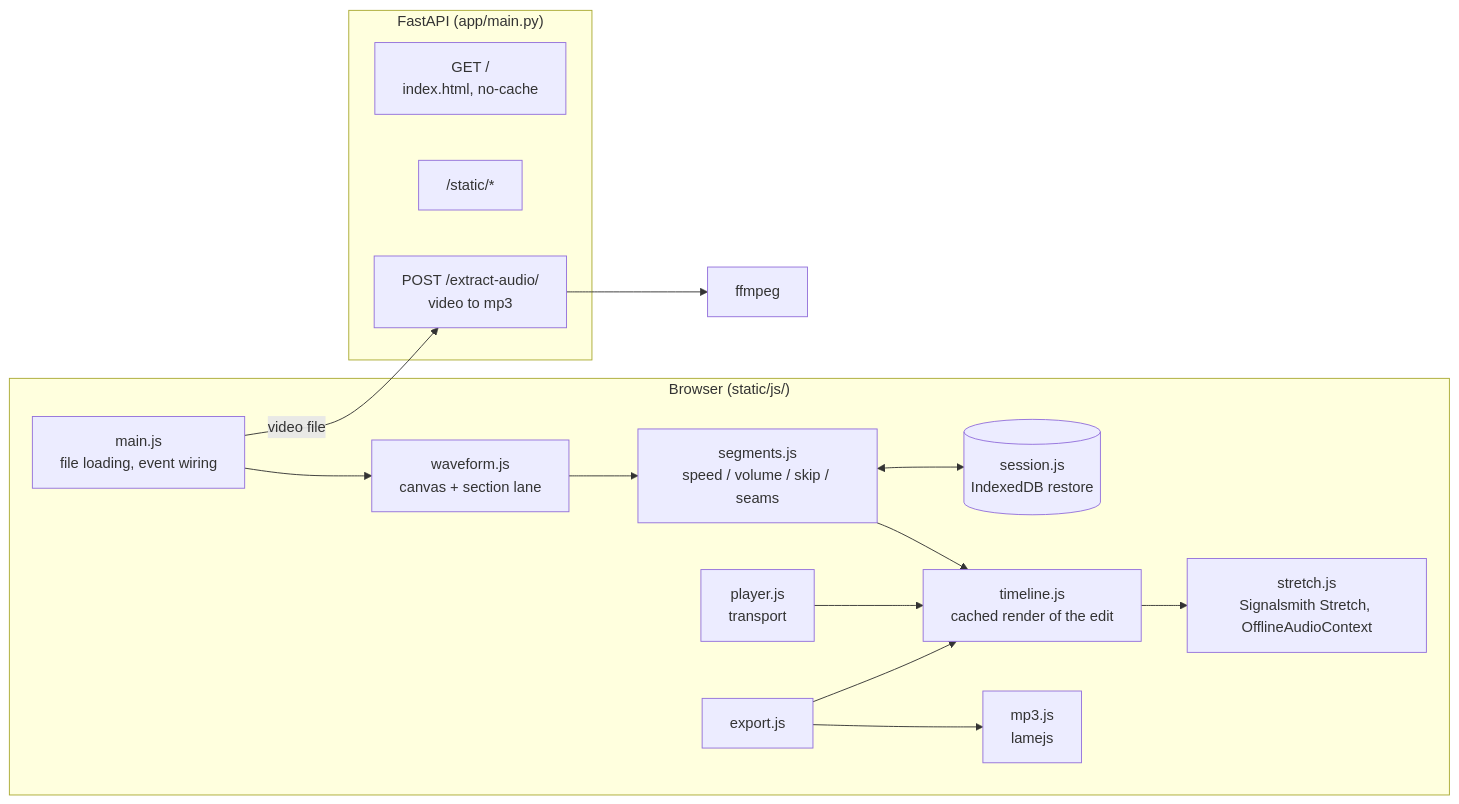
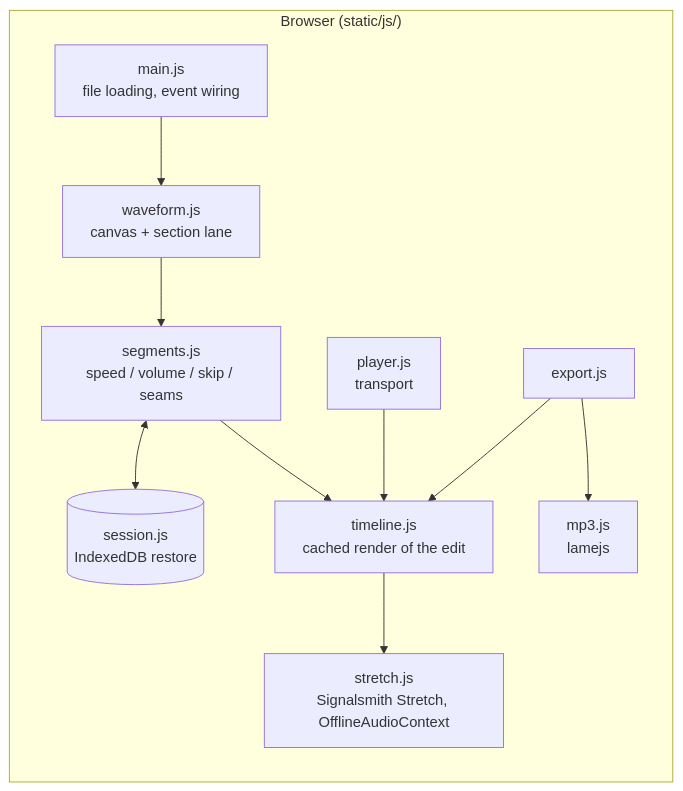
Before and after one commit to JingyiEureka/musiclab: the diagram in ARCHITECTURE.md, drawn with Mermaid. The commit also changed other lines of this file and 17 other files, not shown here.

First line of the commit message:
Host as a static site on GitHub Pages; remove the server

````diff
--- a/ARCHITECTURE.md
+++ b/ARCHITECTURE.md
@@ -10,30 +10,21 @@
 ```mermaid
 flowchart LR
     subgraph Browser["Browser (static/js/)"]
         MAIN[main.js<br/>file loading, event wiring]
         WF[waveform.js<br/>canvas + section lane]
         SEG[segments.js<br/>speed / volume / skip / seams]
         TL[timeline.js<br/>cached render of the edit]
         ST[stretch.js<br/>Signalsmith Stretch, OfflineAudioContext]
         PL[player.js<br/>transport]
         EXP[export.js]
         MP3[mp3.js<br/>lamejs]
         IDB[(session.js<br/>IndexedDB restore)]
     end
 
-    subgraph Server["FastAPI (app/main.py)"]
-        IDX["GET /<br/>index.html, no-cache"]
-        STA["/static/*"]
-        EXT["POST /extract-audio/<br/>video to mp3"]
-    end
-
-    FF[ffmpeg]
-
-    MAIN -->|video file| EXT --> FF
     MAIN --> WF --> SEG
     SEG <--> IDB
     SEG --> TL --> ST
     PL --> TL
     EXP --> TL
     EXP --> MP3
 ```
````
